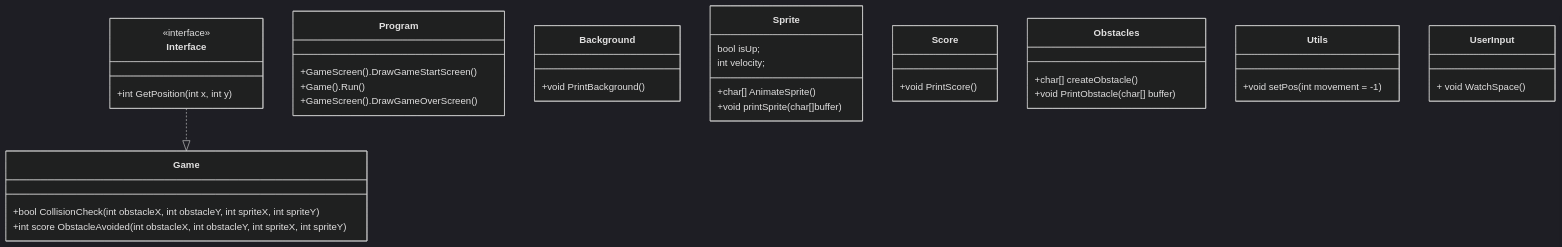
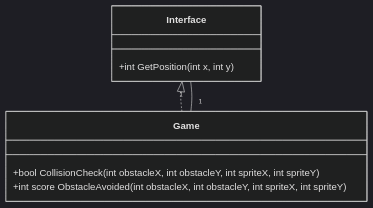
Before and after one commit to NexusWeave/MVP-FlappyBird-cs: the second of 8 diagrams in dokumentasjon/diagram/klasse-diagram.md, drawn with Mermaid (dark theme). The commit also changed other lines of this file, not shown here.

Commit message:
Refactor klasse-diagram.md for made it easier to view

````diff
--- a/dokumentasjon/diagram/klasse-diagram.md
+++ b/dokumentasjon/diagram/klasse-diagram.md
@@ -2,50 +16,17 @@
 ```mermaid
     classDiagram
         direction TD
-        Interface ..|> Game
-
-        class Program {
-            +GameScreen().DrawGameStartScreen()
-            +Game().Run()
-            +GameScreen().DrawGameOverScreen()
-        }
-
+    
+        Interface <|.. Game
+        Game "1" -- "1" Interface
+        
         class Interface {
             +int GetPosition(int x, int y)
         }
 
         class Game {
             +bool CollisionCheck(int obstacleX, int obstacleY, int spriteX, int spriteY)
             +int score ObstacleAvoided(int obstacleX, int obstacleY, int spriteX, int spriteY)
         }
-        <<interface>> Interface
-        Game implements Interface
 
-        class Background {
-            +void PrintBackground()
-        }
-
-        class Sprite {
-            bool isUp;
-            int velocity;
-            +char[] AnimateSprite()
-            +void printSprite(char[]buffer)
-        }
-
-        class Score {
-            +void PrintScore()
-        }
-
-        class Obstacles {
-            +char[] createObstacle()
-            +void PrintObstacle(char[] buffer)
-        }
-
-        class Utils {
-            +void setPos(int movement = -1)
-        }
-
-        class UserInput {
-            + void WatchSpace()
-        }
 ```
````
